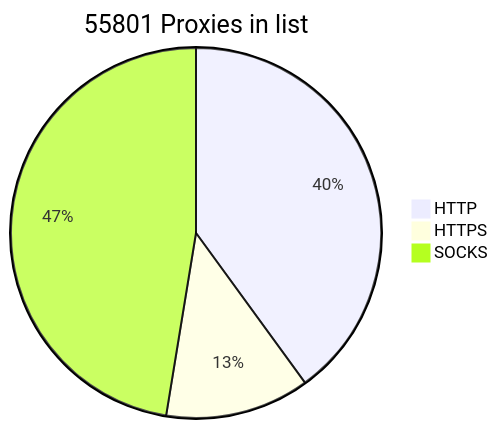
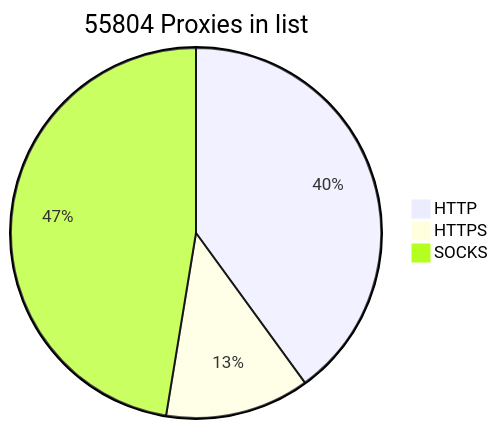
One commit to BlackSnowDot/proxylist-update-every-minute changed the diagram in README.md. Above: the diagram before and after it, drawn with Mermaid.

````diff
--- a/README.md
+++ b/README.md
@@ -2,6 +2,6 @@
 ```mermaid
-pie title 55801 Proxies in list
-    "HTTP" : 24997
-    "HTTPS": 7878
+pie title 55804 Proxies in list
+    "HTTP" : 25004
+    "HTTPS": 7877
     "SOCKS" : 29645
 ```
````
